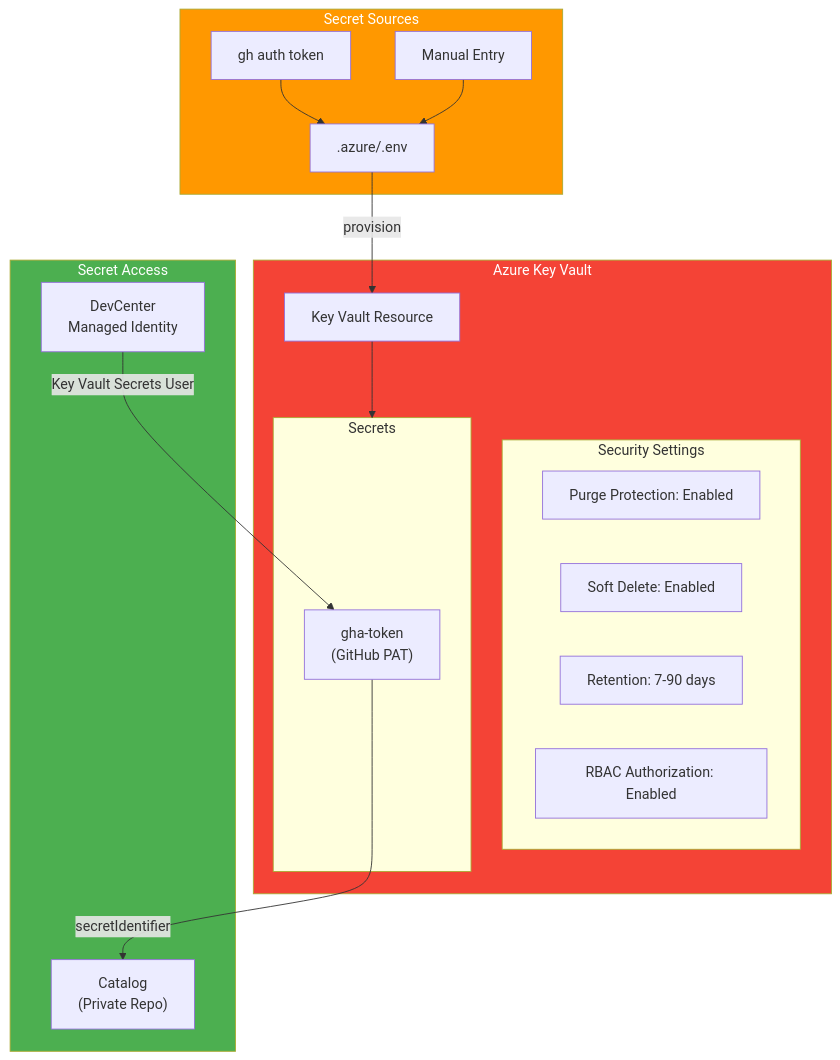
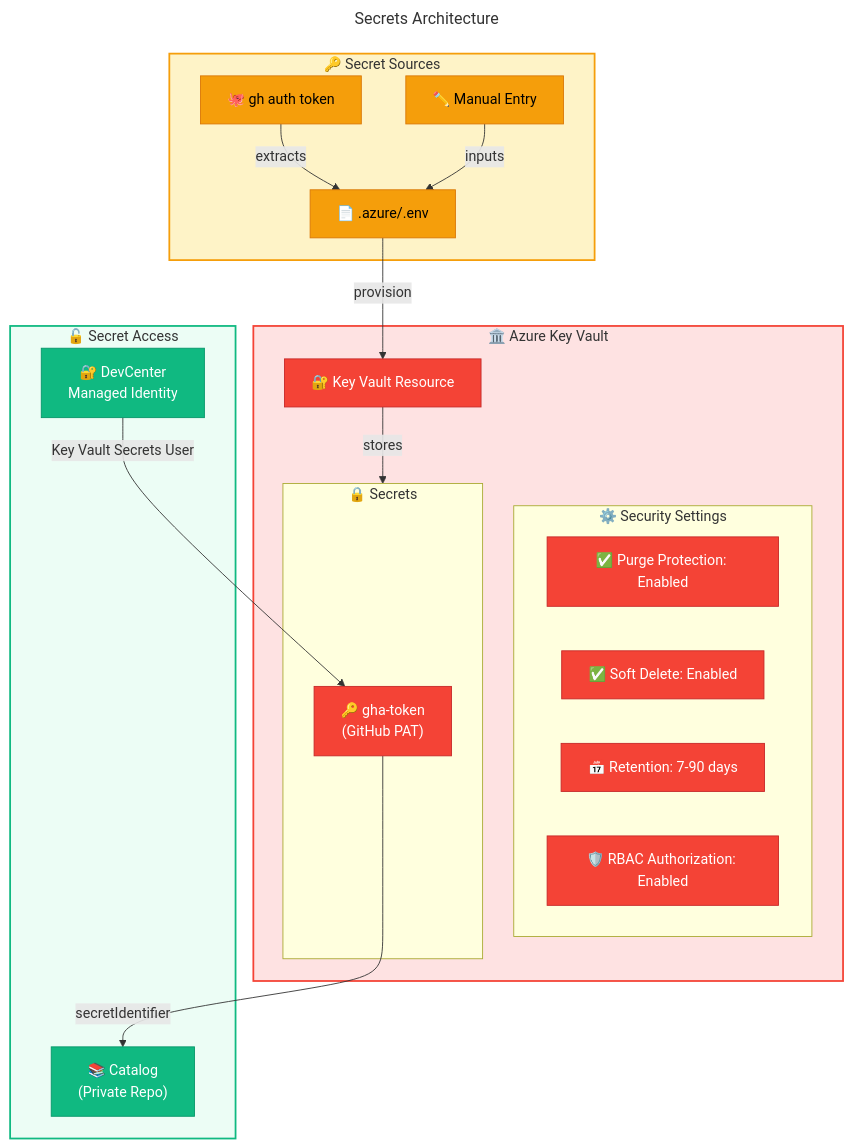
The seventh of 10 diagrams in docs/architecture/05-security-architecture.md (Evilazaro/DevExp-DevBox), drawn with Mermaid before and after one commit. The commit also changed other lines of this file, not shown here.

Commit message:
Enhance security architecture documentation by adding emojis, improving diagram styles, and refining connections for better clarity and navigation.

````diff
--- a/docs/architecture/05-security-architecture.md
+++ b/docs/architecture/05-security-architecture.md
@@ -489,41 +489,57 @@
 ```mermaid
+---
+title: Secrets Architecture
+---
 flowchart TB
-    subgraph Sources["Secret Sources"]
-        GH_CLI["gh auth token"]
-        MANUAL["Manual Entry"]
-        AZD_ENV[".azure/.env"]
+    %% ===== SECRET SOURCES =====
+    subgraph Sources["🔑 Secret Sources"]
+        GH_CLI["🐙 gh auth token"]
+        MANUAL["✏️ Manual Entry"]
+        AZD_ENV["📄 .azure/.env"]
     end
     
-    subgraph KeyVault["Azure Key Vault"]
-        KV["Key Vault Resource"]
+    %% ===== KEY VAULT =====
+    subgraph KeyVault["🏛️ Azure Key Vault"]
+        KV["🔐 Key Vault Resource"]
         
-        subgraph Settings["Security Settings"]
-            PP["Purge Protection: Enabled"]
-            SD["Soft Delete: Enabled"]
-            RET["Retention: 7-90 days"]
-            RBAC["RBAC Authorization: Enabled"]
+        subgraph Settings["⚙️ Security Settings"]
+            PP["✅ Purge Protection: Enabled"]
+            SD["✅ Soft Delete: Enabled"]
+            RET["📅 Retention: 7-90 days"]
+            RBAC["🛡️ RBAC Authorization: Enabled"]
         end
         
-        subgraph Secrets["Secrets"]
-            PAT["gha-token\n(GitHub PAT)"]
+        subgraph Secrets["🔒 Secrets"]
+            PAT["🔑 gha-token<br/>(GitHub PAT)"]
         end
     end
     
-    subgraph Access["Secret Access"]
-        MI["DevCenter\nManaged Identity"]
-        CAT["Catalog\n(Private Repo)"]
+    %% ===== SECRET ACCESS =====
+    subgraph Access["🔓 Secret Access"]
+        MI["🔐 DevCenter<br/>Managed Identity"]
+        CAT["📚 Catalog<br/>(Private Repo)"]
     end
     
-    GH_CLI --> AZD_ENV
-    MANUAL --> AZD_ENV
-    AZD_ENV -->|"provision"| KV
+    %% ===== CONNECTIONS =====
+    GH_CLI -->|extracts| AZD_ENV
+    MANUAL -->|inputs| AZD_ENV
+    AZD_ENV -->|provision| KV
     
-    KV --> Secrets
+    KV -->|stores| Secrets
     
-    MI -->|"Key Vault Secrets User"| PAT
-    PAT -->|"secretIdentifier"| CAT
+    MI -->|Key Vault Secrets User| PAT
+    PAT -->|secretIdentifier| CAT
     
-    style Sources fill:#FF9800,color:#fff
-    style KeyVault fill:#F44336,color:#fff
-    style Access fill:#4CAF50,color:#fff
+    %% ===== STYLES =====
+    classDef datastore fill:#F59E0B,stroke:#D97706,color:#000000
+    classDef failed fill:#F44336,stroke:#C62828,color:#FFFFFF
+    classDef secondary fill:#10B981,stroke:#059669,color:#FFFFFF
+    
+    class GH_CLI,MANUAL,AZD_ENV datastore
+    class KV,PP,SD,RET,RBAC,PAT failed
+    class MI,CAT secondary
+    
+    style Sources fill:#FEF3C7,stroke:#F59E0B,stroke-width:2px
+    style KeyVault fill:#FEE2E2,stroke:#F44336,stroke-width:2px
+    style Access fill:#ECFDF5,stroke:#10B981,stroke-width:2px
 ```
````
